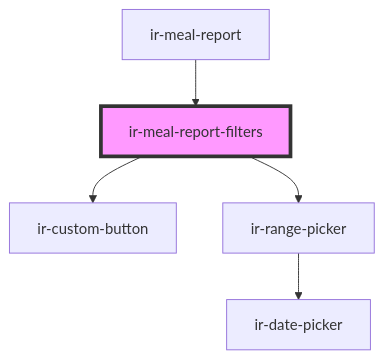
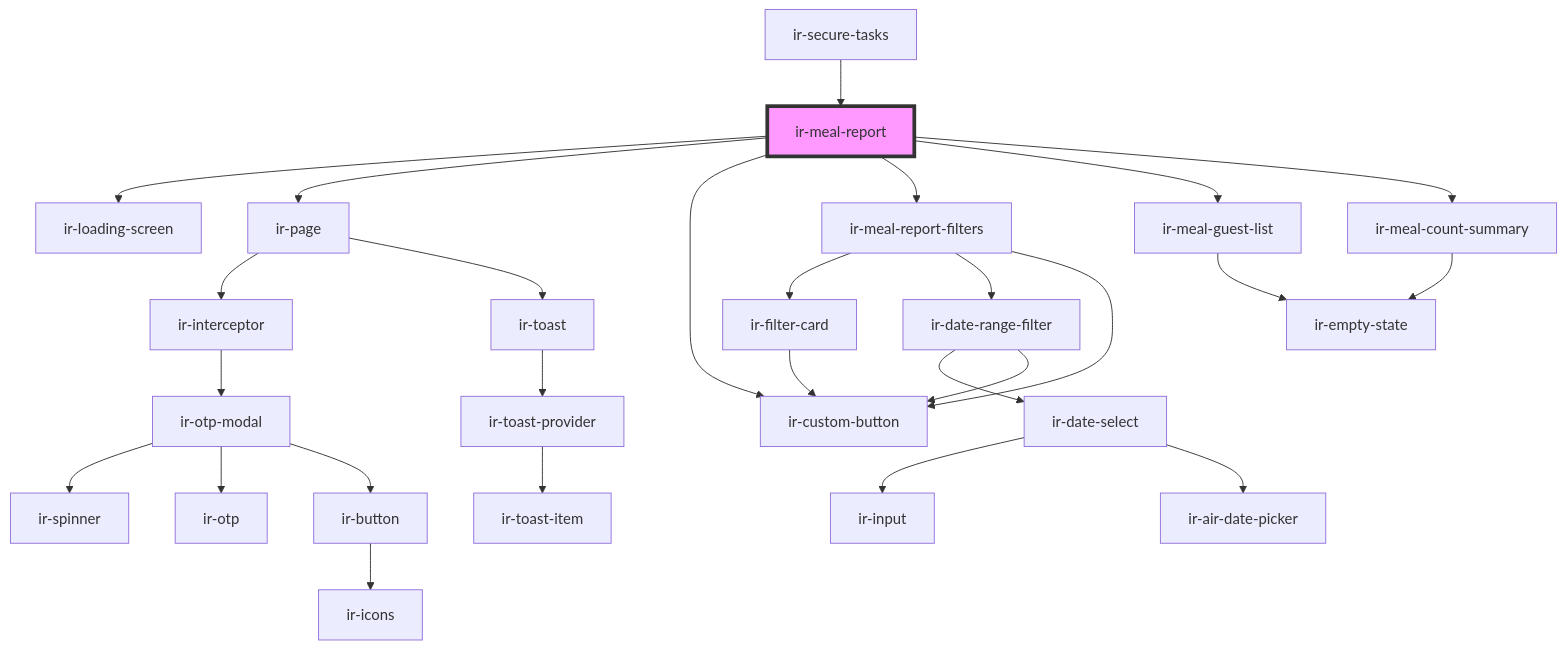
One commit to RonyRizk/ir-webcmp changed the diagram in src/components/ir-meal-report/readme.md. Above: the diagram before and after it, drawn with Mermaid. The commit also changed other lines of this file and 508 other files, not shown here.

````diff
--- a/src/components/ir-meal-report/readme.md
+++ b/src/components/ir-meal-report/readme.md
@@ -45,8 +34,30 @@
 ```mermaid
 graph TD;
+  ir-meal-report --> ir-loading-screen
+  ir-meal-report --> ir-page
+  ir-meal-report --> ir-custom-button
+  ir-meal-report --> ir-meal-report-filters
+  ir-meal-report --> ir-meal-guest-list
+  ir-meal-report --> ir-meal-count-summary
+  ir-page --> ir-interceptor
+  ir-page --> ir-toast
+  ir-interceptor --> ir-otp-modal
+  ir-otp-modal --> ir-spinner
+  ir-otp-modal --> ir-otp
+  ir-otp-modal --> ir-button
+  ir-button --> ir-icons
+  ir-toast --> ir-toast-provider
+  ir-toast-provider --> ir-toast-item
+  ir-meal-report-filters --> ir-filter-card
+  ir-meal-report-filters --> ir-date-range-filter
   ir-meal-report-filters --> ir-custom-button
-  ir-meal-report-filters --> ir-range-picker
-  ir-range-picker --> ir-date-picker
-  ir-meal-report --> ir-meal-report-filters
-  style ir-meal-report-filters fill:#f9f,stroke:#333,stroke-width:4px
+  ir-filter-card --> ir-custom-button
+  ir-date-range-filter --> ir-date-select
+  ir-date-range-filter --> ir-custom-button
+  ir-date-select --> ir-input
+  ir-date-select --> ir-air-date-picker
+  ir-meal-guest-list --> ir-empty-state
+  ir-meal-count-summary --> ir-empty-state
+  ir-secure-tasks --> ir-meal-report
+  style ir-meal-report fill:#f9f,stroke:#333,stroke-width:4px
 ```
````
